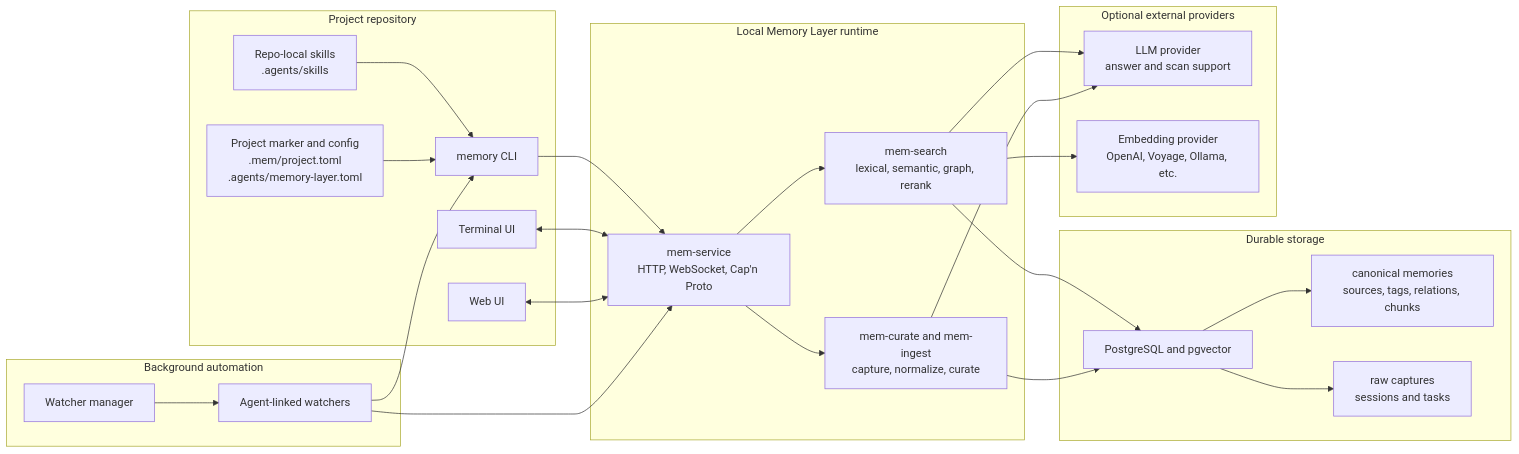
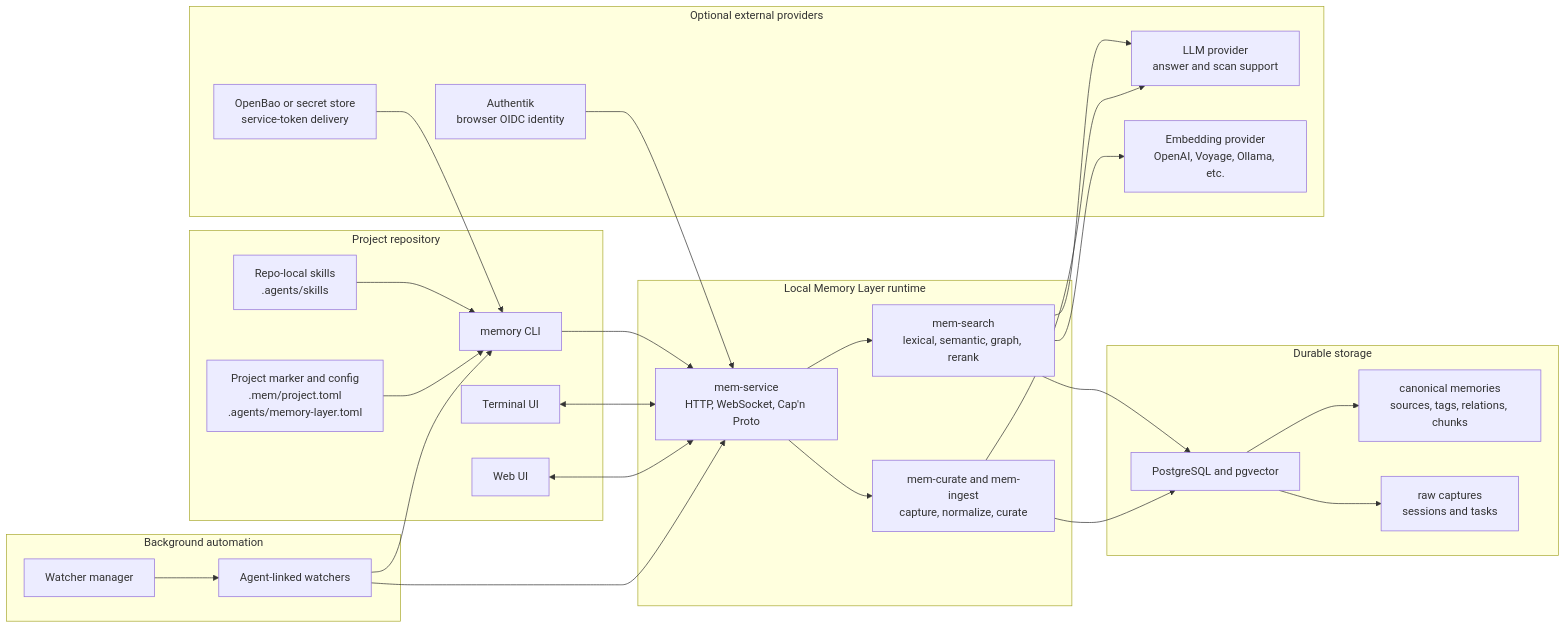
The diagram in docs/developer/architecture/overview.md (3vilM33pl3/memory), drawn with Mermaid before and after one commit. The commit also changed other lines of this file and 17 other files, not shown here.

````diff
--- a/docs/developer/architecture/overview.md
+++ b/docs/developer/architecture/overview.md
@@ -42,50 +42,54 @@
 ```mermaid
 flowchart LR
     subgraph ProjectRepo["Project repository"]
         Skills["Repo-local skills<br/>.agents/skills"]
         ProjectConfig["Project marker and config<br/>.mem/project.toml<br/>.agents/memory-layer.toml"]
         CLI["memory CLI"]
         TUI["Terminal UI"]
         WebUI["Web UI"]
     end
 
     subgraph Automation["Background automation"]
         Manager["Watcher manager"]
         Watchers["Agent-linked watchers"]
     end
 
     subgraph ServiceHost["Local Memory Layer runtime"]
         Service["mem-service<br/>HTTP, WebSocket, Cap'n Proto"]
         Search["mem-search<br/>lexical, semantic, graph, rerank"]
         Curate["mem-curate and mem-ingest<br/>capture, normalize, curate"]
     end
 
     subgraph Storage["Durable storage"]
         Postgres["PostgreSQL and pgvector"]
         Memories["canonical memories<br/>sources, tags, relations, chunks"]
         RawCaptures["raw captures<br/>sessions and tasks"]
     end
 
     subgraph External["Optional external providers"]
         LLM["LLM provider<br/>answer and scan support"]
         Embeddings["Embedding provider<br/>OpenAI, Voyage, Ollama, etc."]
+        Authentik["Authentik<br/>browser OIDC identity"]
+        SecretStore["OpenBao or secret store<br/>service-token delivery"]
     end
 
     Skills --> CLI
     ProjectConfig --> CLI
     CLI --> Service
     TUI <--> Service
     WebUI <--> Service
     Manager --> Watchers
     Watchers --> CLI
     Watchers --> Service
     Service --> Search
     Service --> Curate
     Search --> Postgres
     Curate --> Postgres
     Postgres --> RawCaptures
     Postgres --> Memories
     Search --> LLM
     Search --> Embeddings
     Curate --> LLM
+    Authentik --> Service
+    SecretStore --> CLI
 ```
````
